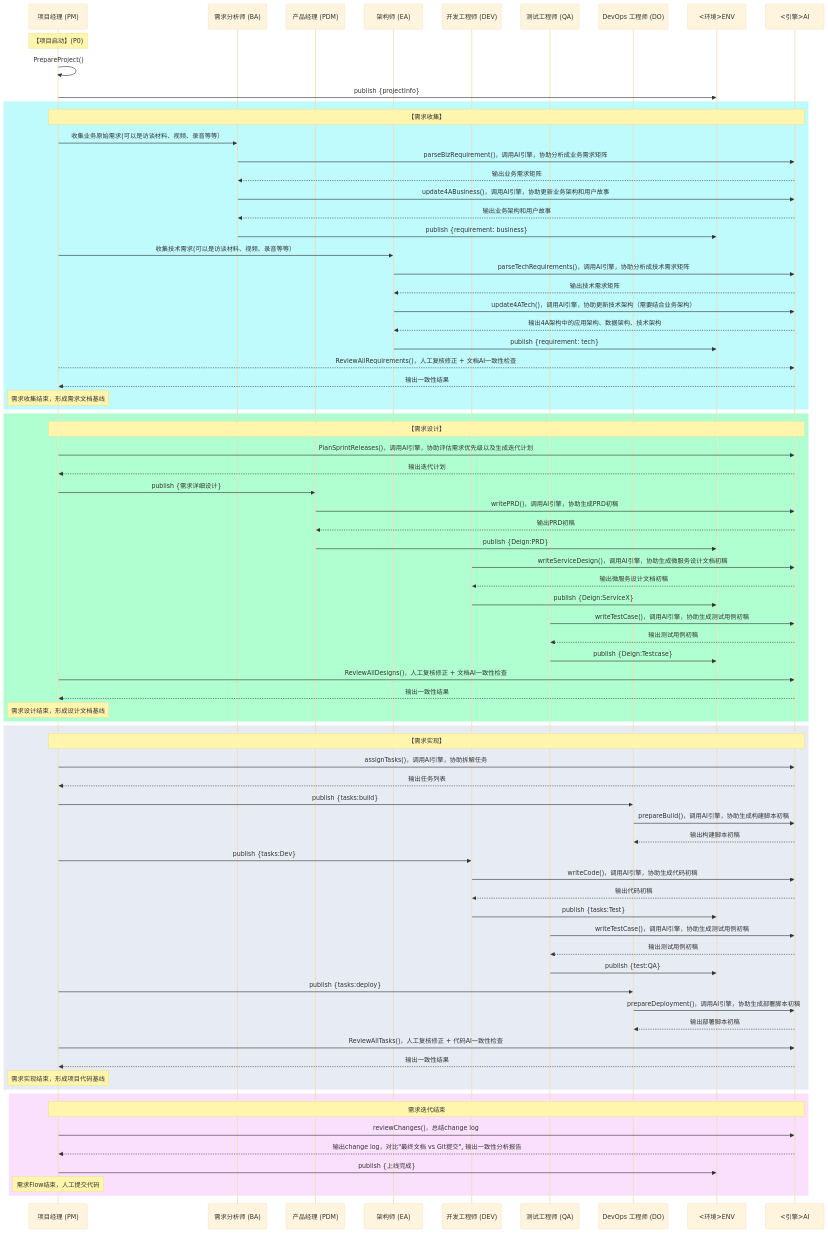
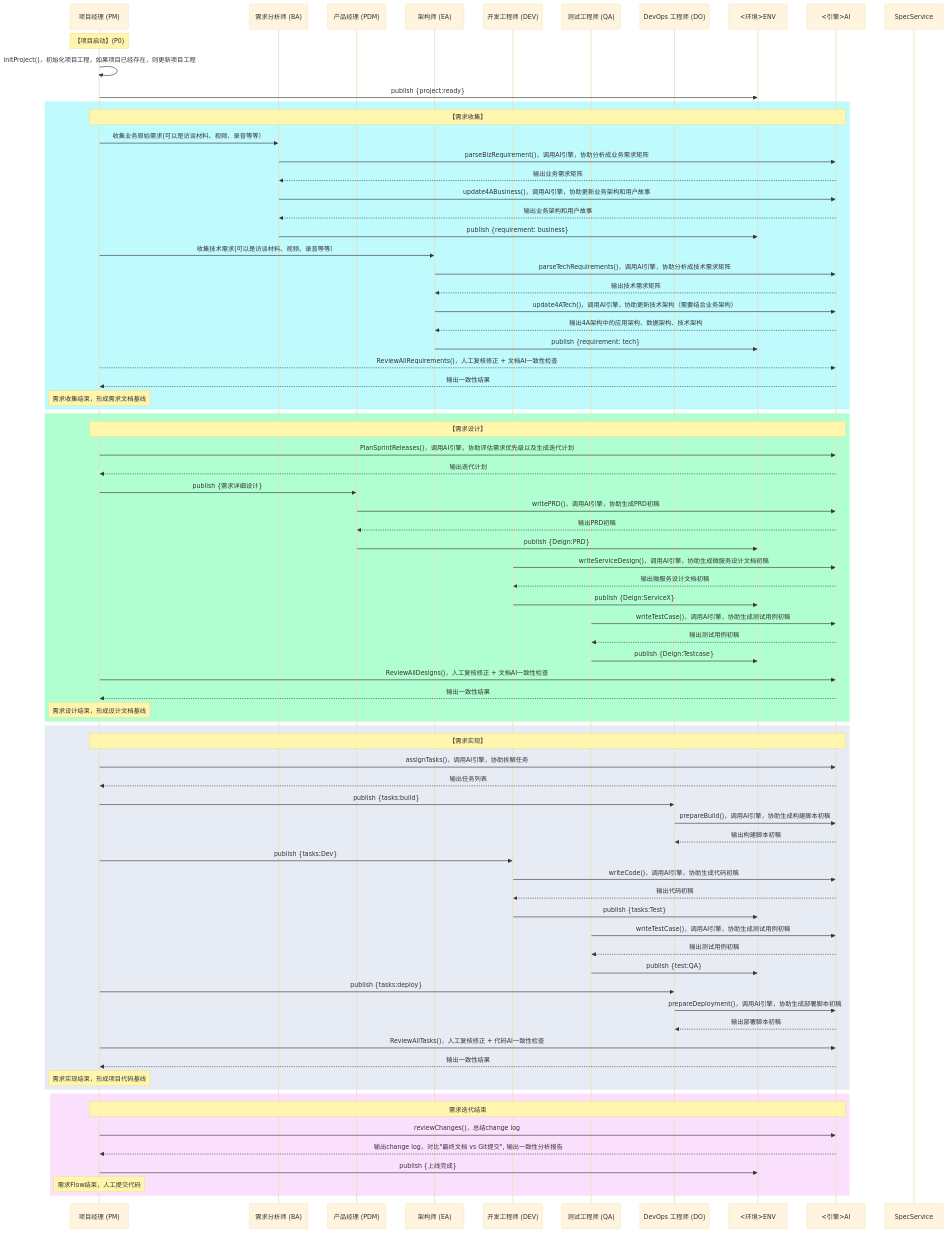
Before and after one commit to Caijiacheng/MetaGPT: the diagram in docs/README_AICO_CN_1.2.md, drawn with Mermaid (base theme). The commit also changed other lines of this file and 6 other files, not shown here.

```diff
--- a/docs/README_AICO_CN_1.2.md
+++ b/docs/README_AICO_CN_1.2.md
@@ -82,11 +82,12 @@
     participant DO as DevOps 工程师 (DO)
     participant ENV as <环境>ENV
     participant AI as <引擎>AI
+    participant SpecService
 
     note over PM: 【项目启动】(P0)
 
-    PM->>PM: PrepareProject()
-    PM->>ENV: publish {projectInfo}
+    PM->>PM: initProject()，初始化项目工程，如果项目已经存在，则更新项目工程
+    PM->>ENV: publish {project:ready}
     
    rect rgb(191, 250, 253)
    note over PM,AI: 【需求收集】
```
